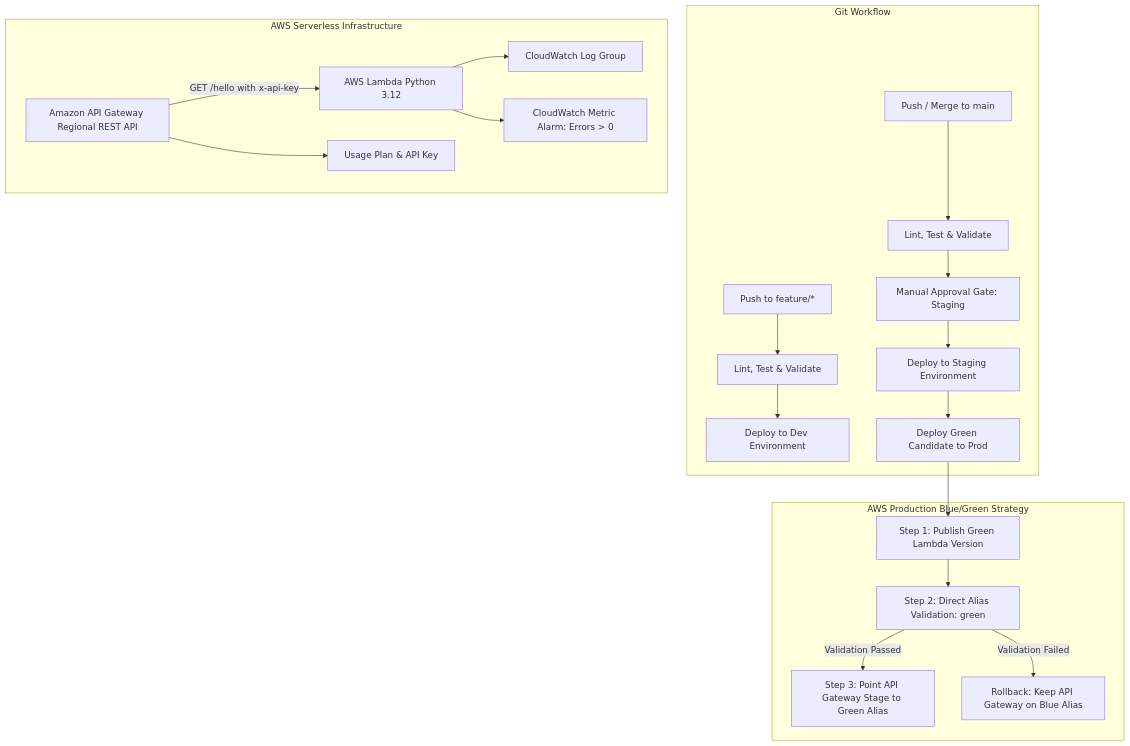
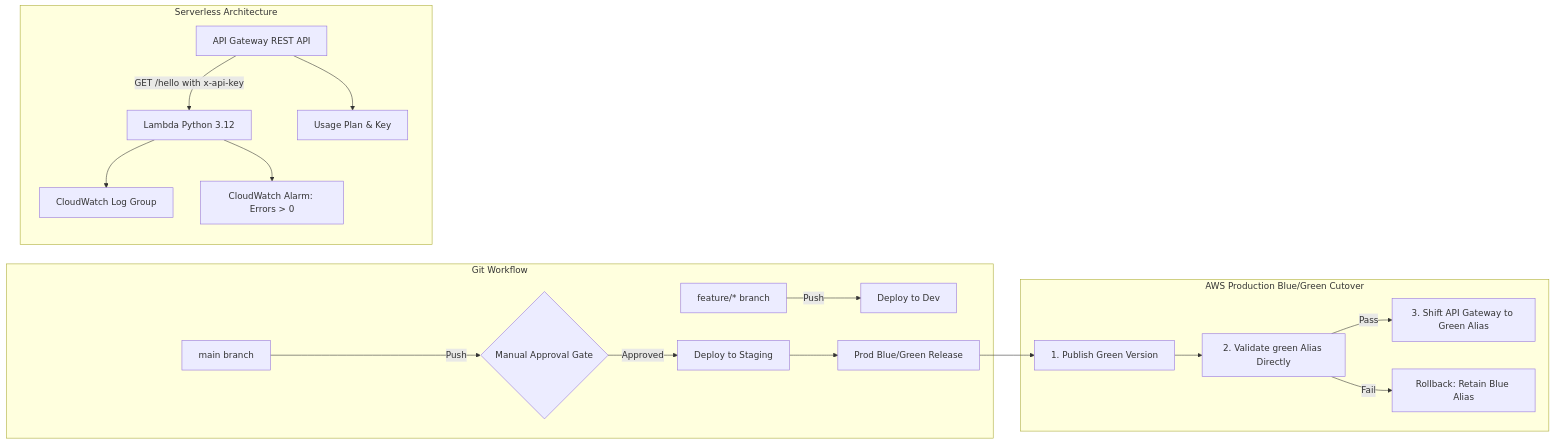
The diagram in README.md (karthikgarikina/Multi-Environment-Serverless-Deployment-Pipeline-with-AWS-Lambda), drawn with Mermaid before and after one commit. The commit also changed other lines of this file and 1 other file, not shown here.

````diff
--- a/README.md
+++ b/README.md
@@ -17,25 +15,23 @@
 ```mermaid
-flowchart TD
+flowchart LR
     subgraph Git Workflow
-        F[Push to feature/*] --> D1[Lint, Test & Validate]
-        D1 --> D2[Deploy to Dev Environment]
-        M[Push / Merge to main] --> S1[Lint, Test & Validate]
-        S1 --> G[Manual Approval Gate: Staging]
-        G --> S2[Deploy to Staging Environment]
-        S2 --> P1[Deploy Green Candidate to Prod]
+        F[feature/* branch] -->|Push| DEV[Deploy to Dev]
+        M[main branch] -->|Push| GATE{Manual Approval Gate}
+        GATE -->|Approved| STG[Deploy to Staging]
+        STG --> BG[Prod Blue/Green Release]
     end
 
-    subgraph AWS Production Blue/Green Strategy
-        P1 --> P2[Step 1: Publish Green Lambda Version]
-        P2 --> P3[Step 2: Direct Alias Validation: green]
-        P3 -->|Validation Passed| P4[Step 3: Point API Gateway Stage to Green Alias]
-        P3 -->|Validation Failed| R[Rollback: Keep API Gateway on Blue Alias]
+    subgraph AWS Production Blue/Green Cutover
+        BG --> P1[1. Publish Green Version]
+        P1 --> P2[2. Validate green Alias Directly]
+        P2 -->|Pass| P3[3. Shift API Gateway to Green Alias]
+        P2 -->|Fail| P4[Rollback: Retain Blue Alias]
     end
 
-    subgraph AWS Serverless Infrastructure
-        APIGW[Amazon API Gateway Regional REST API] -->|GET /hello with x-api-key| LAMBDA[AWS Lambda Python 3.12]
+    subgraph Serverless Architecture
+        APIGW[API Gateway REST API] -->|GET /hello with x-api-key| LAMBDA[Lambda Python 3.12]
         LAMBDA --> CWL[CloudWatch Log Group]
-        LAMBDA --> CWA[CloudWatch Metric Alarm: Errors > 0]
-        APIGW --> UP[Usage Plan & API Key]
+        LAMBDA --> CWA[CloudWatch Alarm: Errors > 0]
+        APIGW --> UP[Usage Plan & Key]
     end
 ```
````
